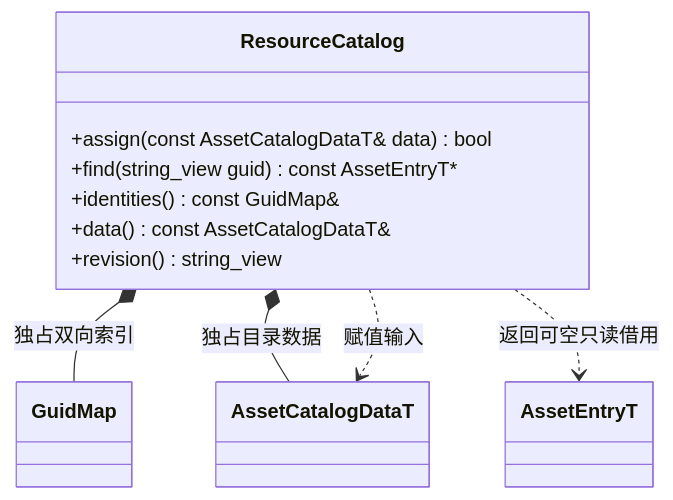
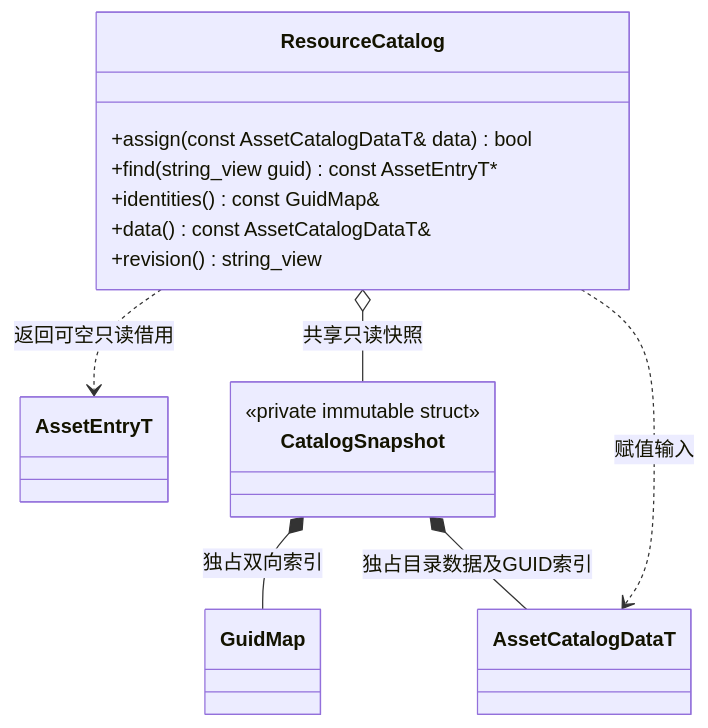
Before and after one commit to lcals/Engine: the first of 2 diagrams in docs/runtime/class-diagrams/resource-catalog.md, drawn with Mermaid. The commit also changed other lines of this file and 119 other files, not shown here.

````diff
--- a/docs/runtime/class-diagrams/resource-catalog.md
+++ b/docs/runtime/class-diagrams/resource-catalog.md
@@ -9,17 +11,21 @@
 ```mermaid
 classDiagram
     class ResourceCatalog {
         +assign(const AssetCatalogDataT& data) bool
         +find(string_view guid) const AssetEntryT#42;
         +identities() const GuidMap&
         +data() const AssetCatalogDataT&
         +revision() string_view
     }
     class GuidMap
     class AssetCatalogDataT
     class AssetEntryT
-    ResourceCatalog *-- GuidMap : 独占双向索引
-    ResourceCatalog *-- AssetCatalogDataT : 独占目录数据
+    class CatalogSnapshot {
+        <<private immutable struct>>
+    }
+    ResourceCatalog o-- CatalogSnapshot : 共享只读快照
+    CatalogSnapshot *-- GuidMap : 独占双向索引
+    CatalogSnapshot *-- AssetCatalogDataT : 独占目录数据及GUID索引
     ResourceCatalog ..> AssetEntryT : 返回可空只读借用
     ResourceCatalog ..> AssetCatalogDataT : 赋值输入
 ```
````
